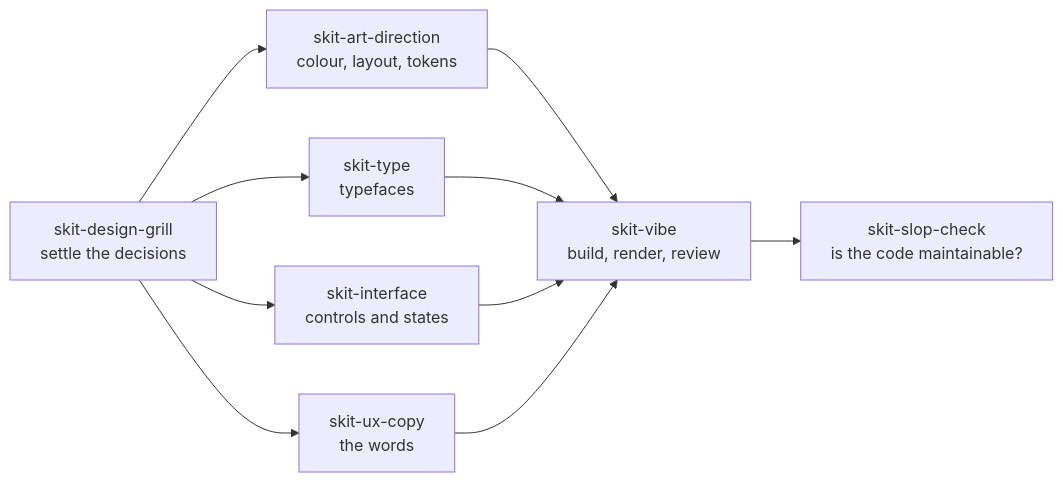
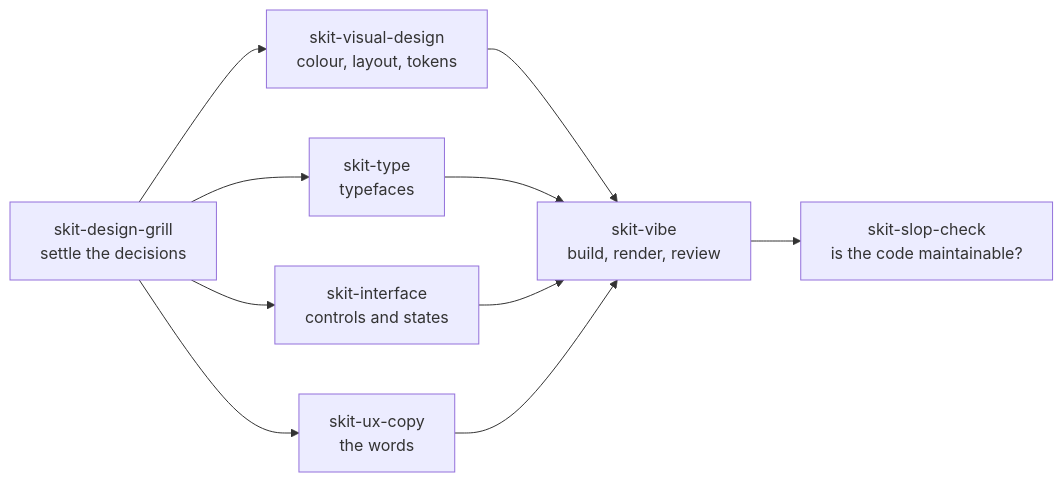
One commit to sudakshsoti/skit changed the diagram in README.md. Above: the diagram before and after it, drawn with Mermaid. The commit also changed other lines of this file and 14 other files, not shown here.

First line of the commit message:
Rename skit-art-direction to skit-visual-design

````diff
--- a/README.md
+++ b/README.md
@@ -40,12 +40,12 @@
 ```mermaid
 flowchart LR
-    G[skit-design-grill<br/>settle the decisions] --> A[skit-art-direction<br/>colour, layout, tokens]
+    G[skit-design-grill<br/>settle the decisions] --> A[skit-visual-design<br/>colour, layout, tokens]
     G --> T[skit-type<br/>typefaces]
     G --> I[skit-interface<br/>controls and states]
     G --> C[skit-ux-copy<br/>the words]
     A --> V[skit-vibe<br/>build, render, review]
     T --> V
     I --> V
     C --> V
     V --> S[skit-slop-check<br/>is the code maintainable?]
 ```
````
